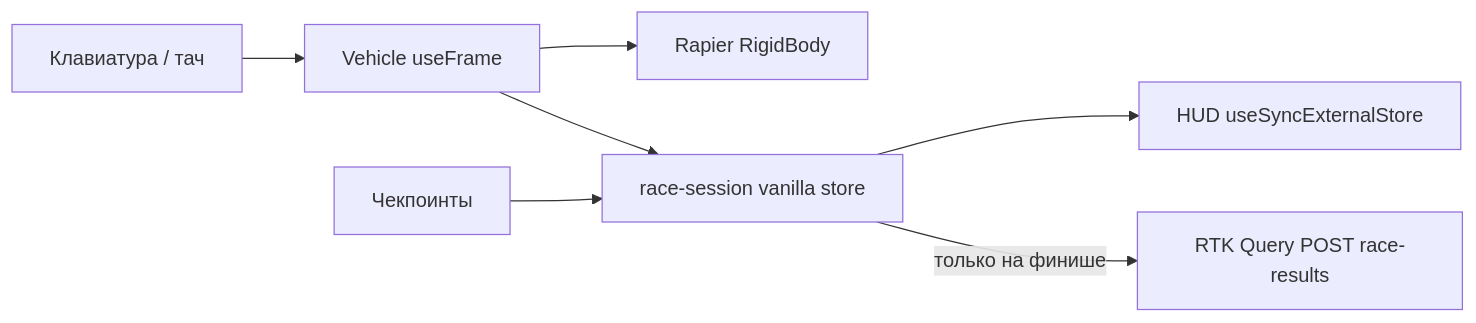
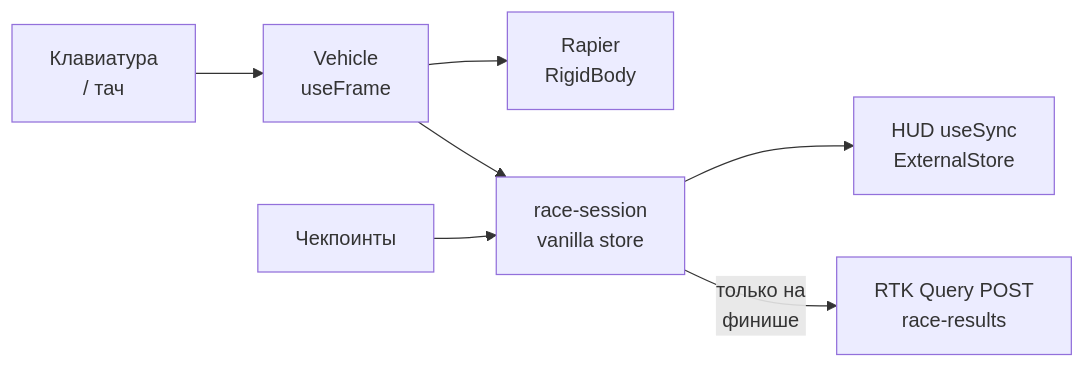
Before and after one commit to ramach05/3D-WEB-Racing-Platform: the third of 3 diagrams in README.ru.md, drawn with Mermaid. The commit also changed other lines of this file and 3 other files, not shown here.

Commit message:
docs: polish readme authoring, toc, metrics and diagrams

````diff
--- a/README.ru.md
+++ b/README.ru.md
@@ -121,9 +125,9 @@
 ```mermaid
 flowchart LR
-  Input[Клавиатура / тач] --> Ctrl[Vehicle useFrame]
-  Ctrl --> Rapier[Rapier RigidBody]
-  Sensors[Чекпоинты] --> Sim[race-session vanilla store]
+  Input["Клавиатура<br/>/ тач"] --> Ctrl["Vehicle<br/>useFrame"]
+  Ctrl --> Rapier["Rapier<br/>RigidBody"]
+  Sensors["Чекпоинты"] --> Sim["race-session<br/>vanilla store"]
   Ctrl --> Sim
-  Sim --> Hud[HUD useSyncExternalStore]
-  Sim -->|"только на финише"| Rtk[RTK Query POST race-results]
+  Sim --> Hud["HUD useSync<br/>ExternalStore"]
+  Sim -->|"только на<br/>финише"| Rtk["RTK Query POST<br/>race-results"]
 ```
````
